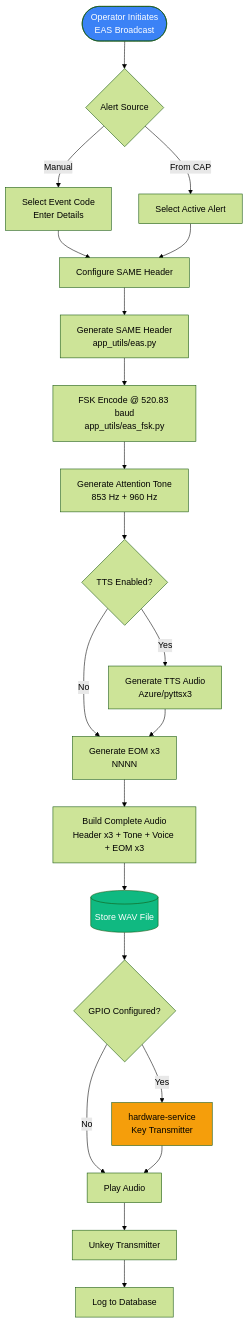
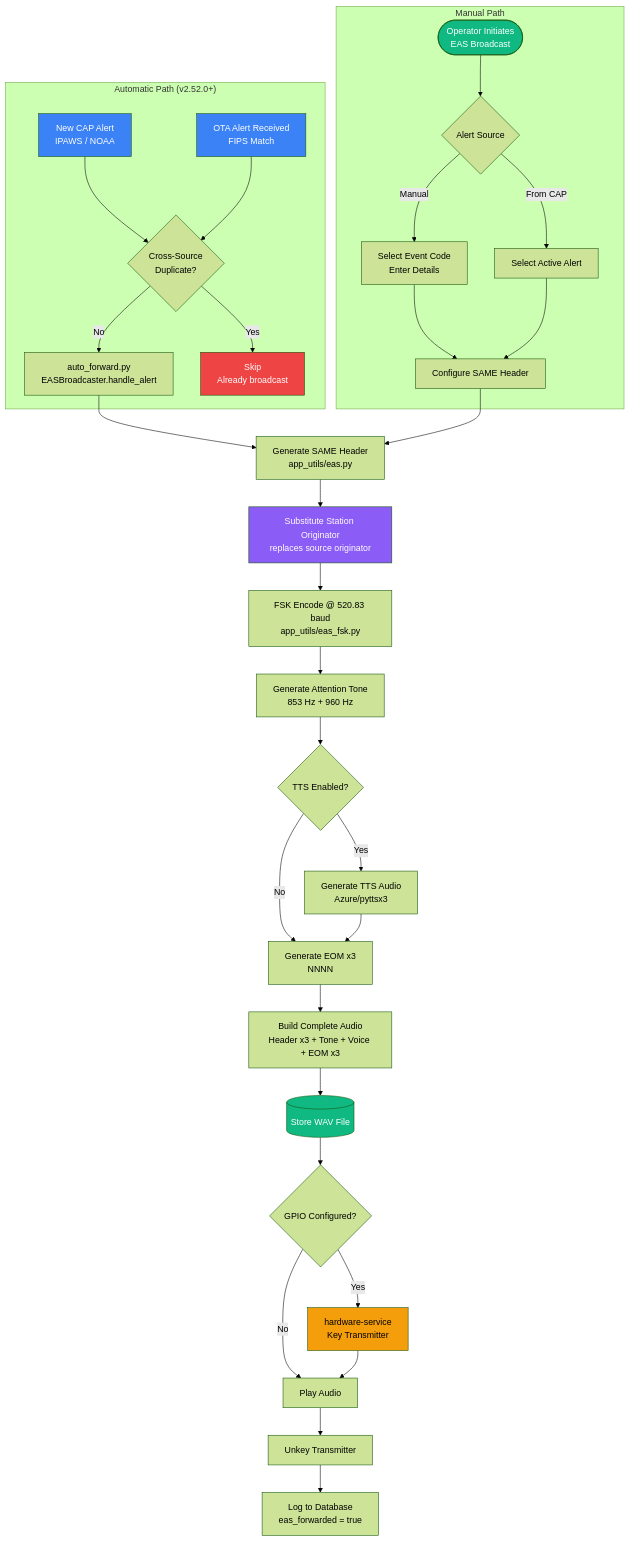
One commit to chelstein/eas-station changed the fifth of 7 diagrams in docs/architecture/THEORY_OF_OPERATION.md. Above: the diagram before and after it, drawn with Mermaid (forest theme). The commit also changed other lines of this file and 4 other files, not shown here.

````diff
--- a/docs/architecture/THEORY_OF_OPERATION.md
+++ b/docs/architecture/THEORY_OF_OPERATION.md
@@ -217,33 +220,47 @@
 ```mermaid
 flowchart TD
-    START([Operator Initiates<br/>EAS Broadcast]) --> SELECT{Alert Source}
-    
-    SELECT -->|Manual| MANUAL[Select Event Code<br/>Enter Details]
-    SELECT -->|From CAP| CAP[Select Active Alert]
-    
-    MANUAL --> CONFIG
-    CAP --> CONFIG[Configure SAME Header]
-    
+    subgraph AutoPath["Automatic Path (v2.52.0+)"]
+        CAP_IN[New CAP Alert<br/>IPAWS / NOAA] --> DEDUP{Cross-Source<br/>Duplicate?}
+        OTA_IN[OTA Alert Received<br/>FIPS Match] --> DEDUP
+        DEDUP -->|No| AUTO_FWD[auto_forward.py<br/>EASBroadcaster.handle_alert]
+        DEDUP -->|Yes| SKIP[Skip<br/>Already broadcast]
+    end
+
+    subgraph ManualPath["Manual Path"]
+        START([Operator Initiates<br/>EAS Broadcast]) --> SELECT{Alert Source}
+        SELECT -->|Manual| MANUAL[Select Event Code<br/>Enter Details]
+        SELECT -->|From CAP| CAP[Select Active Alert]
+        MANUAL --> CONFIG
+        CAP --> CONFIG[Configure SAME Header]
+    end
+
+    AUTO_FWD --> SAME
     CONFIG --> SAME[Generate SAME Header<br/>app_utils/eas.py]
-    SAME --> FSK[FSK Encode @ 520.83 baud<br/>app_utils/eas_fsk.py]
+
+    SAME --> ORIGINATOR[Substitute Station Originator<br/>replaces source originator]
+    ORIGINATOR --> FSK[FSK Encode @ 520.83 baud<br/>app_utils/eas_fsk.py]
     FSK --> TONE[Generate Attention Tone<br/>853 Hz + 960 Hz]
-    
+
     TONE --> TTS{TTS Enabled?}
     TTS -->|Yes| NARRATE[Generate TTS Audio<br/>Azure/pyttsx3]
     TTS -->|No| EOM
     NARRATE --> EOM[Generate EOM x3<br/>NNNN]
-    
+
     EOM --> AUDIO[Build Complete Audio<br/>Header x3 + Tone + Voice + EOM x3]
     AUDIO --> STORE[(Store WAV File)]
-    
+
     STORE --> GPIO{GPIO Configured?}
     GPIO -->|Yes| KEY[hardware-service<br/>Key Transmitter]
     GPIO -->|No| PLAY
     KEY --> PLAY[Play Audio]
     PLAY --> UNKEY[Unkey Transmitter]
-    UNKEY --> LOG[Log to Database]
-    
-    style START fill:#3b82f6,color:#fff
+    UNKEY --> LOG[Log to Database<br/>eas_forwarded = true]
+
+    style CAP_IN fill:#3b82f6,color:#fff
+    style OTA_IN fill:#3b82f6,color:#fff
+    style START fill:#10b981,color:#fff
+    style ORIGINATOR fill:#8b5cf6,color:#fff
     style STORE fill:#10b981,color:#fff
     style KEY fill:#f59e0b,color:#000
+    style SKIP fill:#ef4444,color:#fff
 ```
````
